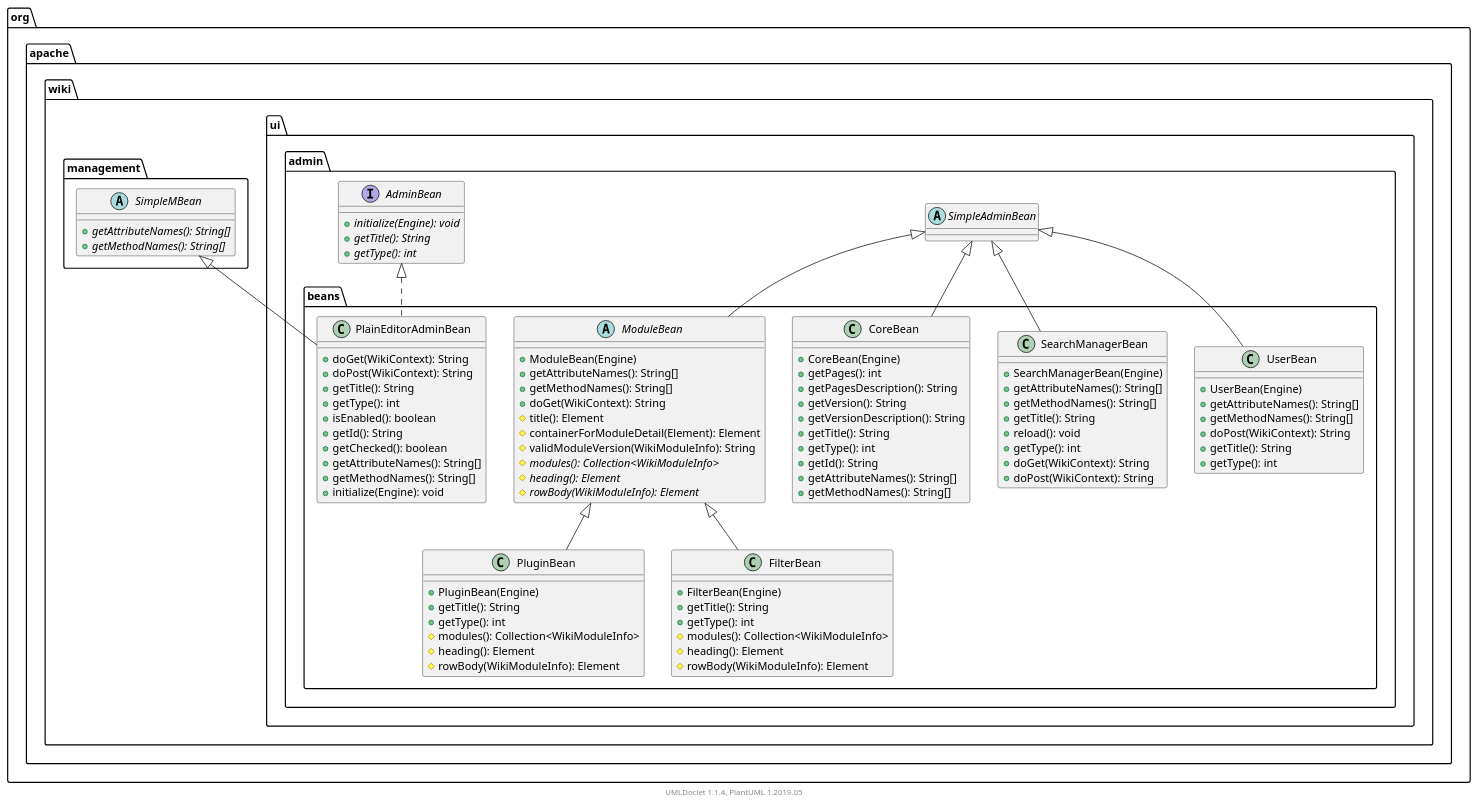
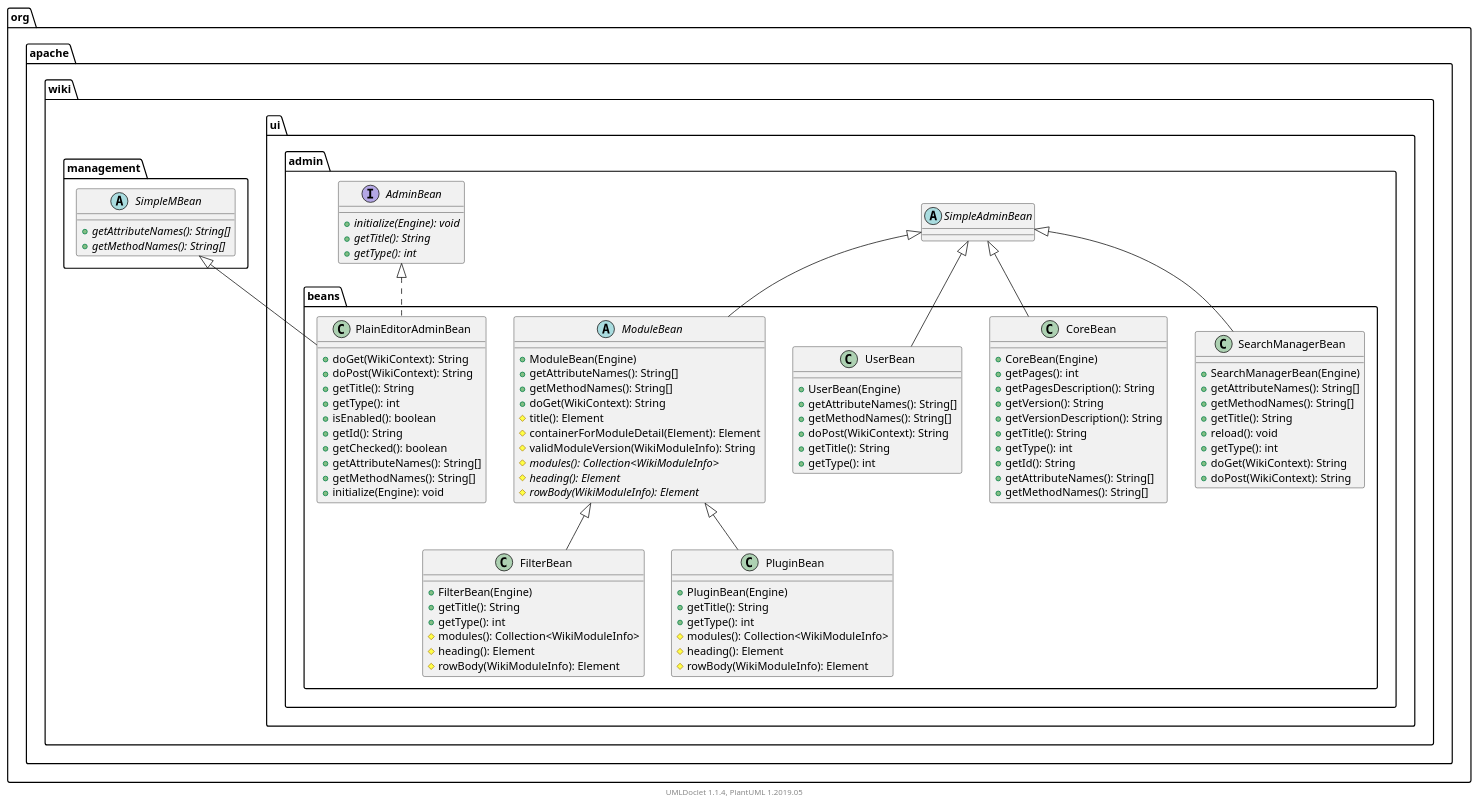
Before and after one commit to apache/jspwiki-site: the diagram in apidocs/2.11.0.M7-SNAPSHOT/org/apache/wiki/ui/admin/beans/package.puml, drawn with PlantUML. The commit also changed other lines of this file and 1217 other files, not shown here.

```diff
--- a/apidocs/2.11.0.M7-SNAPSHOT/org/apache/wiki/ui/admin/beans/package.puml
+++ b/apidocs/2.11.0.M7-SNAPSHOT/org/apache/wiki/ui/admin/beans/package.puml
@@ -1,112 +1,112 @@
 @startuml
 
     namespace org.apache.wiki.ui.admin.beans {
 
-        class SearchManagerBean [[SearchManagerBean.html]] {
-            +SearchManagerBean(Engine)
-            +getAttributeNames(): String[]
-            +getMethodNames(): String[]
+        class FilterBean [[FilterBean.html]] {
+            +FilterBean(Engine)
             +getTitle(): String
-            +reload(): void
             +getType(): int
-            +doGet(WikiContext): String
-            +doPost(WikiContext): String
+            #modules(): Collection<WikiModuleInfo>
+            #heading(): Element
+            #rowBody(WikiModuleInfo): Element
         }
 
         class CoreBean [[CoreBean.html]] {
             +CoreBean(Engine)
             +getPages(): int
             +getPagesDescription(): String
             +getVersion(): String
             +getVersionDescription(): String
             +getTitle(): String
             +getType(): int
             +getId(): String
             +getAttributeNames(): String[]
             +getMethodNames(): String[]
         }
 
-        class PlainEditorAdminBean [[PlainEditorAdminBean.html]] {
-            +doGet(WikiContext): String
+        class UserBean [[UserBean.html]] {
+            +UserBean(Engine)
+            +getAttributeNames(): String[]
+            +getMethodNames(): String[]
             +doPost(WikiContext): String
             +getTitle(): String
             +getType(): int
-            +isEnabled(): boolean
-            +getId(): String
-            +getChecked(): boolean
-            +getAttributeNames(): String[]
-            +getMethodNames(): String[]
-            +initialize(Engine): void
         }
 
         class PluginBean [[PluginBean.html]] {
             +PluginBean(Engine)
             +getTitle(): String
             +getType(): int
             #modules(): Collection<WikiModuleInfo>
             #heading(): Element
             #rowBody(WikiModuleInfo): Element
         }
 
         abstract class ModuleBean [[ModuleBean.html]] {
             +ModuleBean(Engine)
             +getAttributeNames(): String[]
             +getMethodNames(): String[]
             +doGet(WikiContext): String
             #title(): Element
             #containerForModuleDetail(Element): Element
             #validModuleVersion(WikiModuleInfo): String
             {abstract} #modules(): Collection<WikiModuleInfo>
             {abstract} #heading(): Element
             {abstract} #rowBody(WikiModuleInfo): Element
         }
 
-        class UserBean [[UserBean.html]] {
-            +UserBean(Engine)
-            +getAttributeNames(): String[]
-            +getMethodNames(): String[]
+        class PlainEditorAdminBean [[PlainEditorAdminBean.html]] {
+            +doGet(WikiContext): String
             +doPost(WikiContext): String
             +getTitle(): String
             +getType(): int
+            +isEnabled(): boolean
+            +getId(): String
+            +getChecked(): boolean
+            +getAttributeNames(): String[]
+            +getMethodNames(): String[]
+            +initialize(Engine): void
         }
 
-        class FilterBean [[FilterBean.html]] {
-            +FilterBean(Engine)
+        class SearchManagerBean [[SearchManagerBean.html]] {
+            +SearchManagerBean(Engine)
+            +getAttributeNames(): String[]
+            +getMethodNames(): String[]
             +getTitle(): String
+            +reload(): void
             +getType(): int
-            #modules(): Collection<WikiModuleInfo>
-            #heading(): Element
-            #rowBody(WikiModuleInfo): Element
+            +doGet(WikiContext): String
+            +doPost(WikiContext): String
         }
 
+        ModuleBean <|-- FilterBean
+
         abstract class org.apache.wiki.ui.admin.SimpleAdminBean
-        org.apache.wiki.ui.admin.SimpleAdminBean <|-- SearchManagerBean
+        org.apache.wiki.ui.admin.SimpleAdminBean <|-- CoreBean
 
-        org.apache.wiki.ui.admin.SimpleAdminBean <|-- CoreBean
+        org.apache.wiki.ui.admin.SimpleAdminBean <|-- UserBean
+
+        ModuleBean <|-- PluginBean
+
+        org.apache.wiki.ui.admin.SimpleAdminBean <|-- ModuleBean
 
         abstract class org.apache.wiki.management.SimpleMBean {
             {abstract} +getAttributeNames(): String[]
             {abstract} +getMethodNames(): String[]
         }
         org.apache.wiki.management.SimpleMBean <|-- PlainEditorAdminBean
 
         interface org.apache.wiki.ui.admin.AdminBean {
             {abstract} +initialize(Engine): void
             {abstract} +getTitle(): String
             {abstract} +getType(): int
         }
         org.apache.wiki.ui.admin.AdminBean <|.. PlainEditorAdminBean
 
-        ModuleBean <|-- PluginBean
-
-        org.apache.wiki.ui.admin.SimpleAdminBean <|-- ModuleBean
-
-        org.apache.wiki.ui.admin.SimpleAdminBean <|-- UserBean
-
-        ModuleBean <|-- FilterBean
+        org.apache.wiki.ui.admin.SimpleAdminBean <|-- SearchManagerBean
 
     }
 
 
     center footer UMLDoclet 1.1.4, PlantUML 1.2019.05
 @enduml
```
